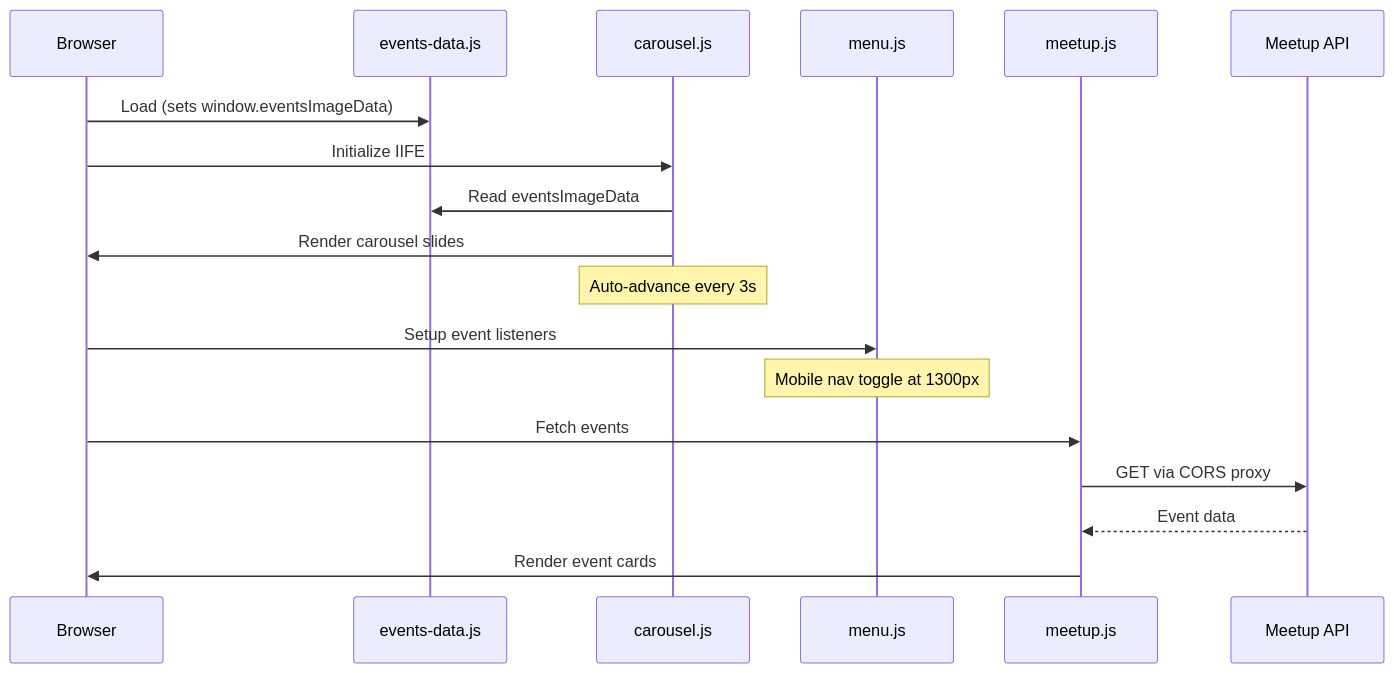
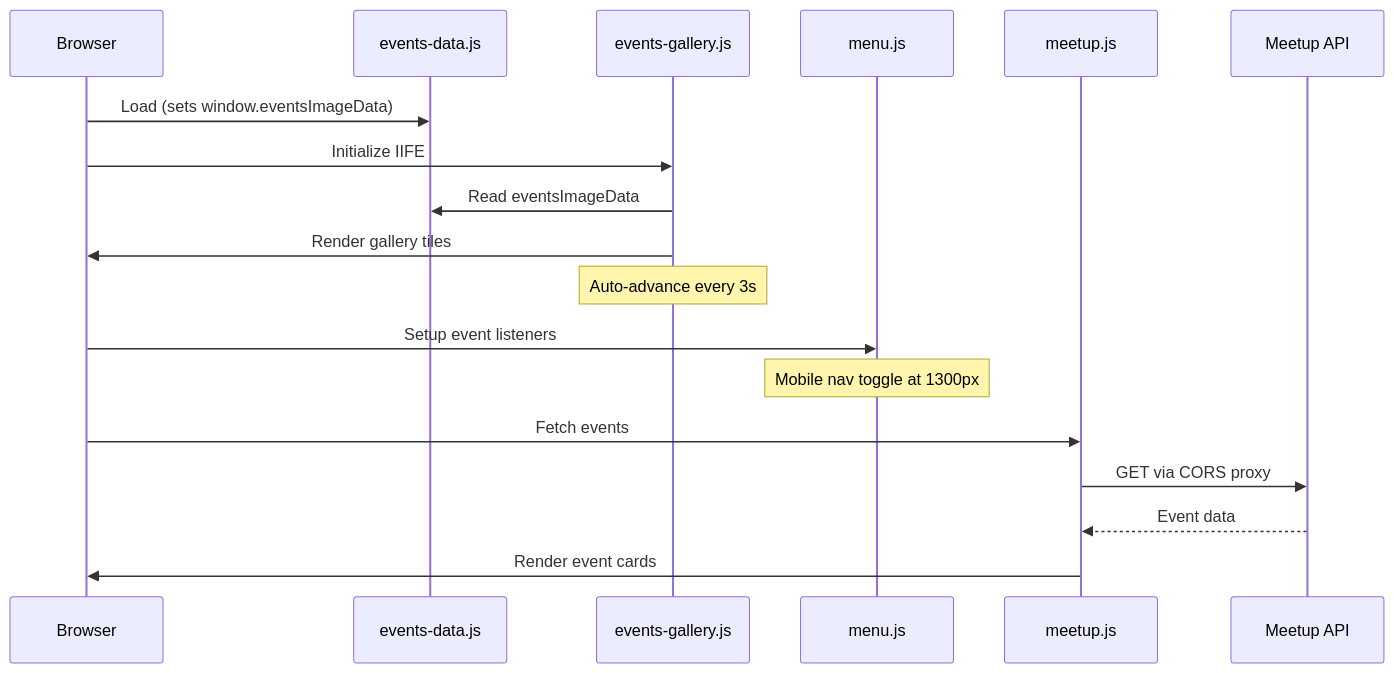
One commit to CODE-Community-of-Developers-Engineers/website-frontpage changed the third of 3 diagrams in README.md. Above: the diagram before and after it, drawn with Mermaid. The commit also changed other lines of this file and 61 other files, not shown here.

````diff
--- a/README.md
+++ b/README.md
@@ -222,21 +219,21 @@
 ```mermaid
 sequenceDiagram
     participant Browser
     participant EventsData as events-data.js
-    participant Carousel as carousel.js
+    participant Carousel as events-gallery.js
     participant Menu as menu.js
     participant MeetupJS as meetup.js
     participant API as Meetup API
 
     Browser->>EventsData: Load (sets window.eventsImageData)
     Browser->>Carousel: Initialize IIFE
     Carousel->>EventsData: Read eventsImageData
-    Carousel->>Browser: Render carousel slides
+    Carousel->>Browser: Render gallery tiles
     Note over Carousel: Auto-advance every 3s
     Browser->>Menu: Setup event listeners
     Note over Menu: Mobile nav toggle at 1300px
     Browser->>MeetupJS: Fetch events
     MeetupJS->>API: GET via CORS proxy
     API-->>MeetupJS: Event data
     MeetupJS->>Browser: Render event cards
 ```
````
